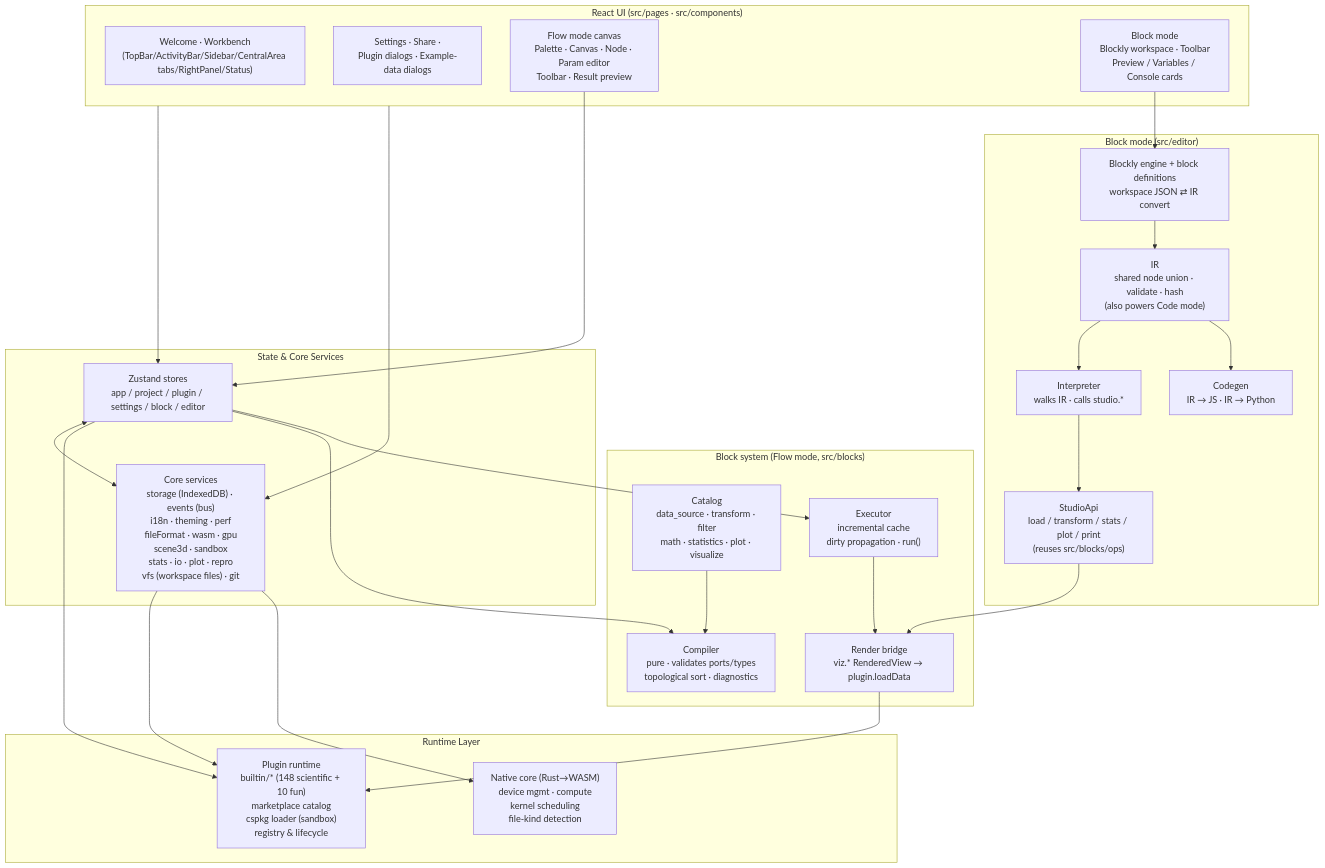
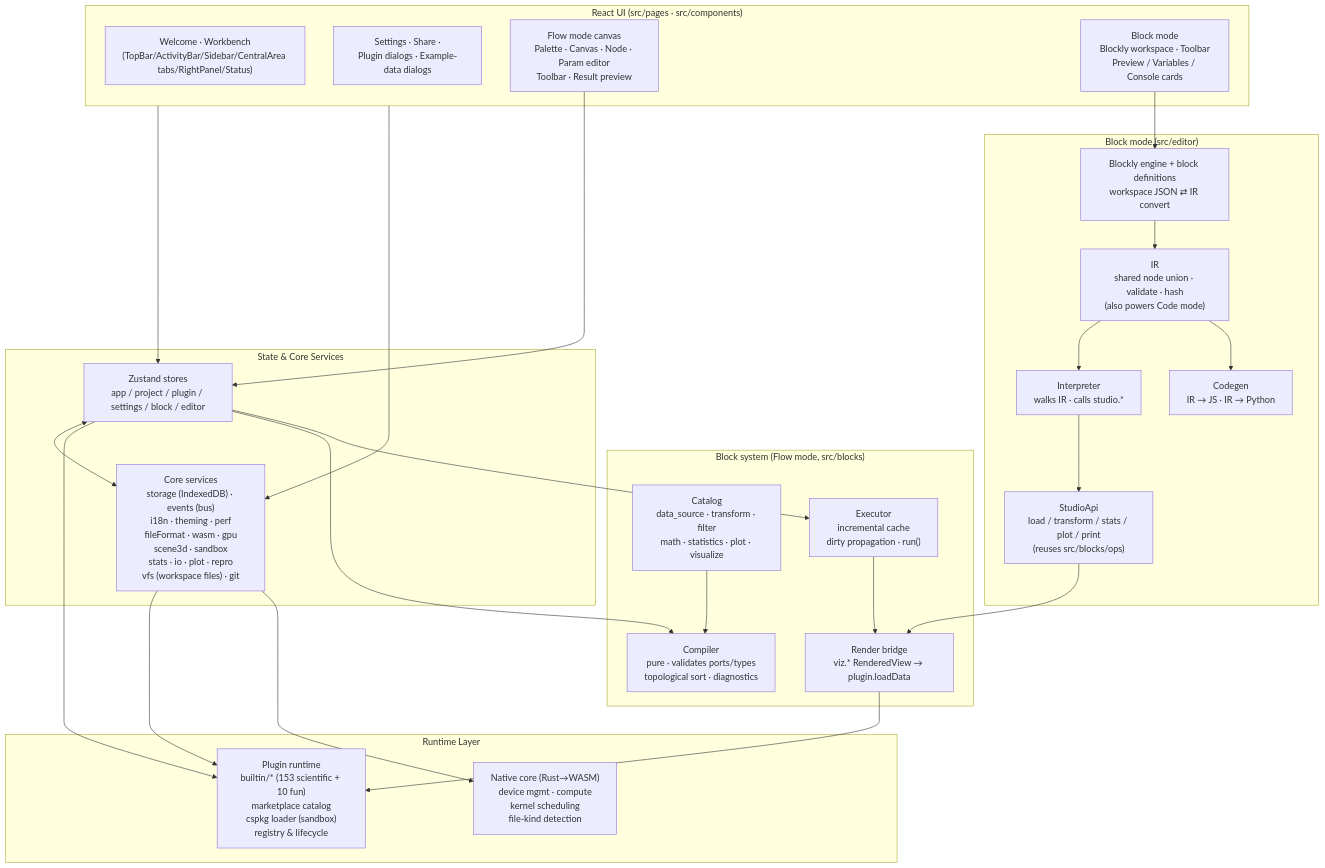
The diagram in docs/guide/architecture.md (SnowLeopard-io/ErgalicsStudio), drawn with Mermaid before and after one commit. The commit also changed other lines of this file and 12 other files, not shown here.

````diff
--- a/docs/guide/architecture.md
+++ b/docs/guide/architecture.md
@@ -5,53 +5,53 @@
 ```mermaid
 flowchart TB
     subgraph UI["React UI (src/pages · src/components)"]
         A1["Welcome · Workbench<br/>(TopBar/ActivityBar/Sidebar/CentralArea tabs/RightPanel/Status)"]
         A2["Settings · Share ·<br/>Plugin dialogs · Example-data dialogs"]
         A3["Flow mode canvas<br/>Palette · Canvas · Node · Param editor<br/>Toolbar · Result preview"]
         A4["Block mode<br/>Blockly workspace · Toolbar<br/>Preview / Variables / Console cards"]
     end
 
     subgraph State["State & Core Services"]
         B1["Zustand stores<br/>app / project / plugin / settings / block / editor"]
         B2["Core services<br/>storage (IndexedDB) · events (bus)<br/>i18n · theming · perf<br/>fileFormat · wasm · gpu<br/>scene3d · sandbox<br/>stats · io · plot · repro<br/>vfs (workspace files) · git"]
     end
 
     subgraph Blocks["Block system (Flow mode, src/blocks)"]
         D1["Catalog<br/>data_source · transform · filter<br/>math · statistics · plot · visualize"]
         D2["Compiler<br/>pure · validates ports/types<br/>topological sort · diagnostics"]
         D3["Executor<br/>incremental cache<br/>dirty propagation · run()"]
         D4["Render bridge<br/>viz.* RenderedView → plugin.loadData"]
     end
 
     subgraph Editor["Block mode (src/editor)"]
         E1["IR<br/>shared node union · validate · hash<br/>(also powers Code mode)"]
         E2["Blockly engine + block definitions<br/>workspace JSON ⇄ IR convert"]
         E3["Interpreter<br/>walks IR · calls studio.*"]
         E4["Codegen<br/>IR → JS · IR → Python"]
         E5["StudioApi<br/>load / transform / stats / plot / print<br/>(reuses src/blocks/ops)"]
     end
 
     subgraph Runtime["Runtime Layer"]
-        C1["Plugin runtime<br/>builtin/* (148 scientific + 10 fun)<br/>marketplace catalog<br/>cspkg loader (sandbox)<br/>registry & lifecycle"]
+        C1["Plugin runtime<br/>builtin/* (153 scientific + 10 fun)<br/>marketplace catalog<br/>cspkg loader (sandbox)<br/>registry & lifecycle"]
         C2["Native core (Rust→WASM)<br/>device mgmt · compute<br/>kernel scheduling<br/>file-kind detection"]
     end
 
     UI --> B1
     UI --> B2
     B1 <--> B2
     B1 --> C1
     B2 --> C1
     B2 --> C2
     A3 --> B1
     B1 --> D2
     B1 --> D3
     D1 --> D2
     D3 --> D4
     D4 --> C1
     A4 --> E2
     E2 --> E1
     E1 --> E3
     E1 --> E4
     E3 --> E5
     E5 --> D4
 ```
````
